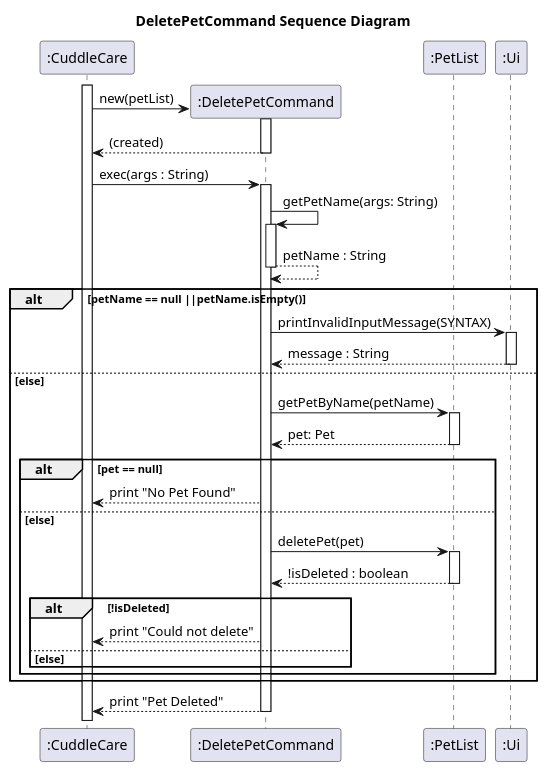
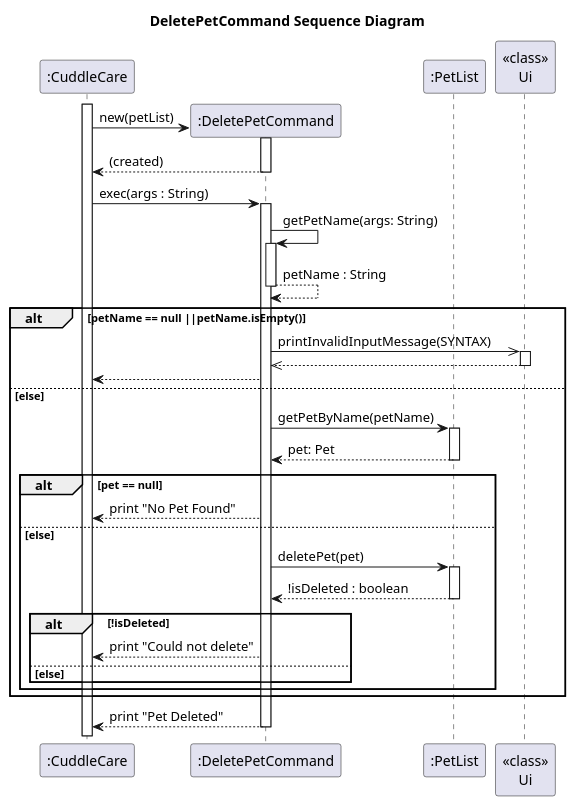
Before and after one commit to Kevin88866/tp: the diagram in docs/uml/DeletePetCommandSequenceDiagram.puml, drawn with PlantUML. The commit also changed 4 other files, not shown here.

Commit message:
Update add and delete pet diagrams

```diff
--- a/docs/uml/DeletePetCommandSequenceDiagram.puml
+++ b/docs/uml/DeletePetCommandSequenceDiagram.puml
@@ -1,60 +1,61 @@
 @startuml
 title DeletePetCommand Sequence Diagram
 
 participant ":CuddleCare" as CuddleCare
 participant ":DeletePetCommand" as DeletePetCommand
 participant ":PetList" as PetList
-participant ":Ui" as Ui
+participant "<<class>>\nUi" as Ui
 
 activate CuddleCare
 
 ' Constructor
 CuddleCare -> DeletePetCommand** : new(petList)
 activate DeletePetCommand
 return (created)
 
 ' Exec Method
 CuddleCare -> DeletePetCommand : exec(args : String)
 activate DeletePetCommand
 
 ' getPetName Method
 DeletePetCommand -> DeletePetCommand : getPetName(args: String)
 activate DeletePetCommand
 return petName : String
 
 ' if input was invalid
 alt petName == null ||petName.isEmpty()
-    DeletePetCommand -> Ui : printInvalidInputMessage(SYNTAX)
+    DeletePetCommand ->> Ui : printInvalidInputMessage(SYNTAX)
     activate Ui
-    return message : String
+    return
+    DeletePetCommand --> CuddleCare
 
 else else
     DeletePetCommand -> PetList : getPetByName(petName)
     activate PetList
     return pet: Pet
 
     ' if invalid pet
     alt pet == null
         DeletePetCommand --> CuddleCare : print "No Pet Found"
 
     else else
         DeletePetCommand -> PetList : deletePet(pet)
         activate PetList
         return !isDeleted : boolean
 
         ' if some error in deleting the pet
         alt !isDeleted
             DeletePetCommand --> CuddleCare : print "Could not delete"
 
         else else
 
         end
 
 
     end
 
 end
 ' happy path
             return print "Pet Deleted"
 
 @enduml
```
